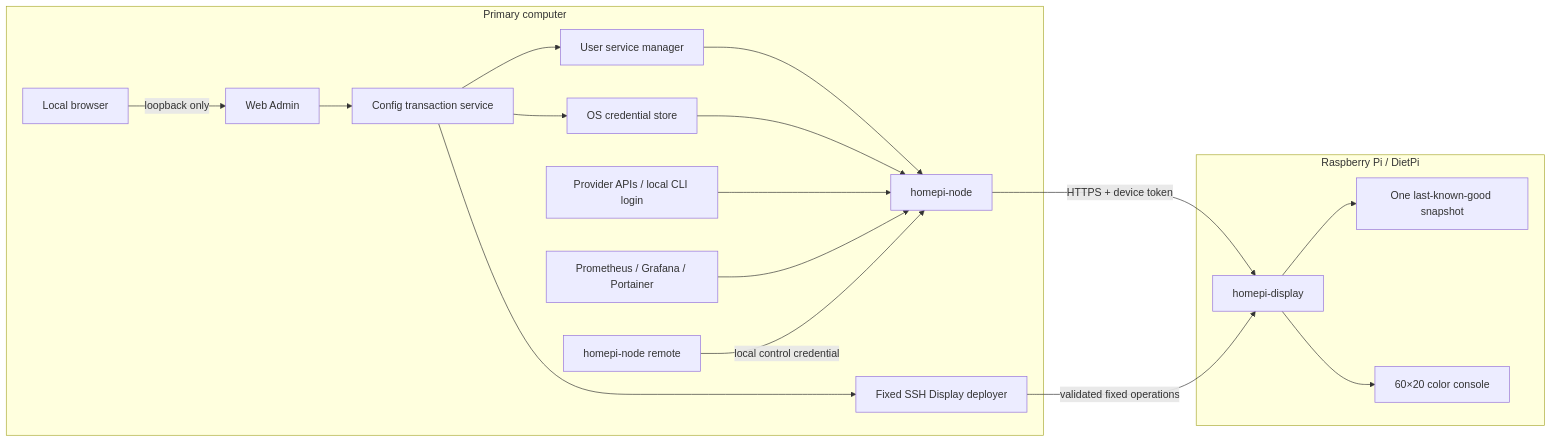
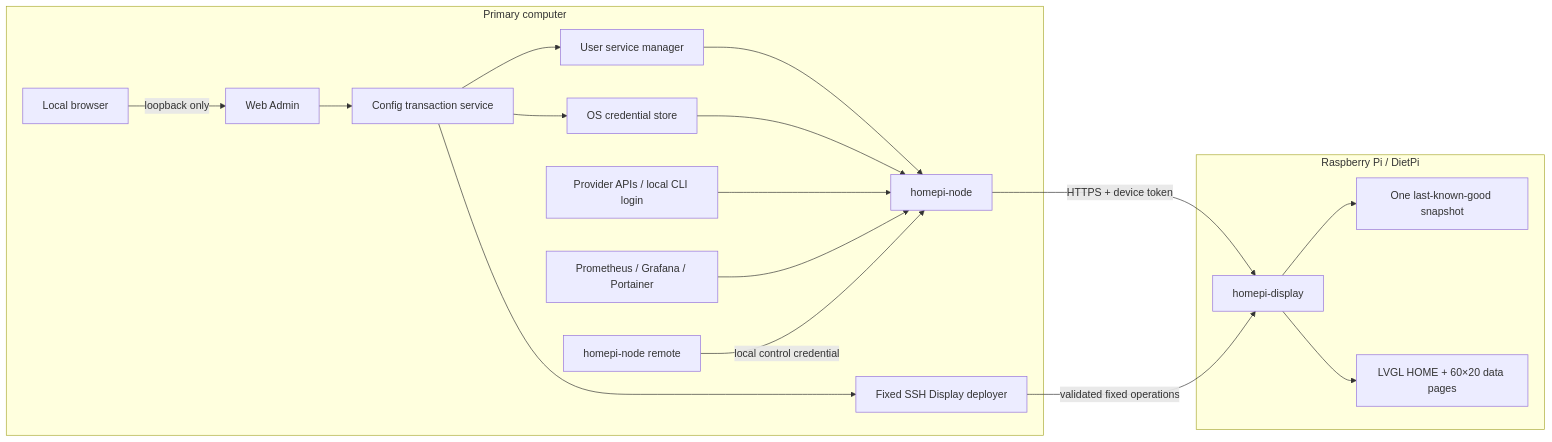
Before and after one commit to galendai/homepi-mon: the diagram in README.md, drawn with Mermaid. The commit also changed other lines of this file and 63 other files, not shown here.

Commit message:
Add graphical kiosk homepage with weather

````diff
--- a/README.md
+++ b/README.md
@@ -74,23 +74,23 @@
 ```mermaid
 flowchart LR
     subgraph Host["Primary computer"]
         Browser["Local browser"] -->|"loopback only"| Admin["Web Admin"]
         Admin --> Config["Config transaction service"]
         Config --> Secrets["OS credential store"]
         Config --> Service["User service manager"]
         Config --> Deploy["Fixed SSH Display deployer"]
         Service --> Node["homepi-node"]
         Secrets --> Node
         Providers["Provider APIs / local CLI login"] --> Node
         HomeLab["Prometheus / Grafana / Portainer"] --> Node
         Remote["homepi-node remote"] -->|"local control credential"| Node
     end
 
     subgraph Pi["Raspberry Pi / DietPi"]
         Display["homepi-display"] --> Cache["One last-known-good snapshot"]
-        Display --> TUI["60×20 color console"]
+        Display --> GUI["LVGL HOME + 60×20 data pages"]
     end
 
     Node -->|"HTTPS + device token"| Display
     Deploy -->|"validated fixed operations"| Display
 ```
````
